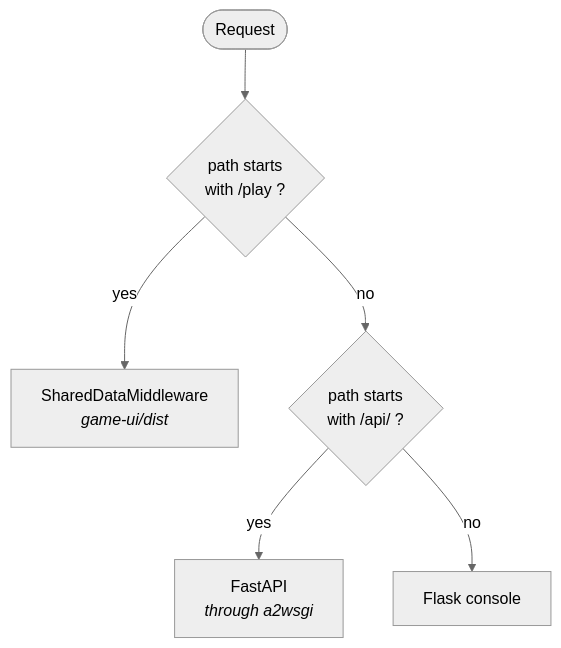
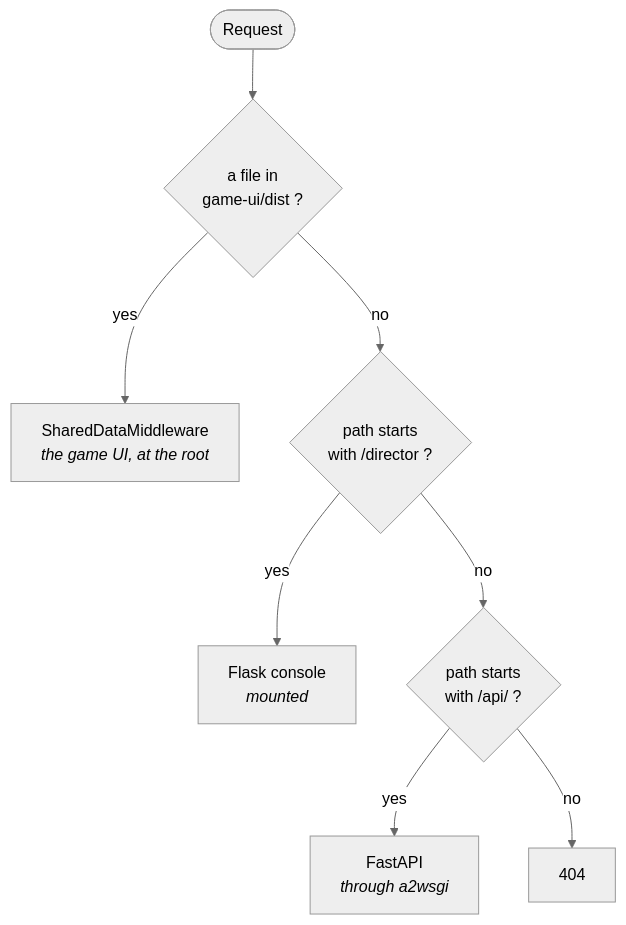
The first of 2 diagrams in docs/deployment.md (sbeaumont/starship-arena), drawn with Mermaid (neutral theme) before and after one commit. The commit also changed other lines of this file and 12 other files, not shown here.

Commit message:
Swapped URL locations of game and director screen

````diff
--- a/docs/deployment.md
+++ b/docs/deployment.md
@@ -12,8 +12,10 @@
 ```mermaid
 flowchart TD
-    Req(["Request"]) --> Static{"path starts<br/>with /play ?"}
-    Static -->|yes| Files["SharedDataMiddleware<br/><i>game-ui/dist</i>"]
-    Static -->|no| Api{"path starts<br/>with /api/ ?"}
+    Req(["Request"]) --> Static{"a file in<br/>game-ui/dist ?"}
+    Static -->|yes| Files["SharedDataMiddleware<br/><i>the game UI, at the root</i>"]
+    Static -->|no| Dir{"path starts<br/>with /director ?"}
+    Dir -->|yes| Flask["Flask console<br/><i>mounted</i>"]
+    Dir -->|no| Api{"path starts<br/>with /api/ ?"}
     Api -->|yes| Fast["FastAPI<br/><i>through a2wsgi</i>"]
-    Api -->|no| Flask["Flask console"]
+    Api -->|no| NF["404"]
 ```
````
